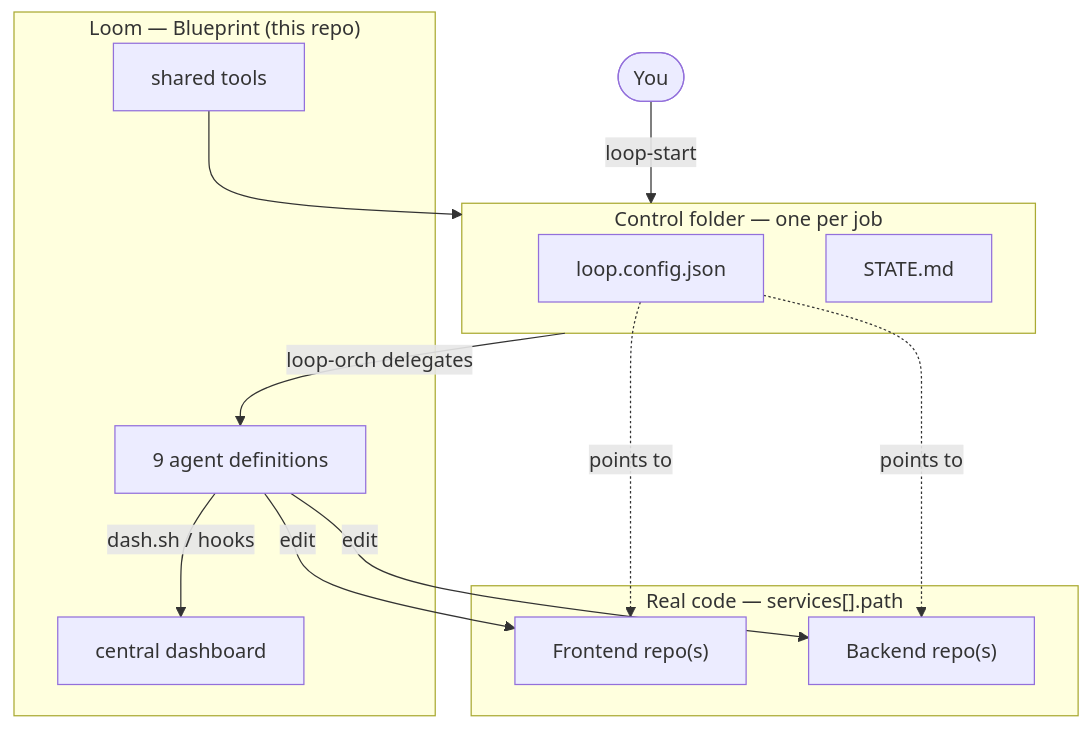
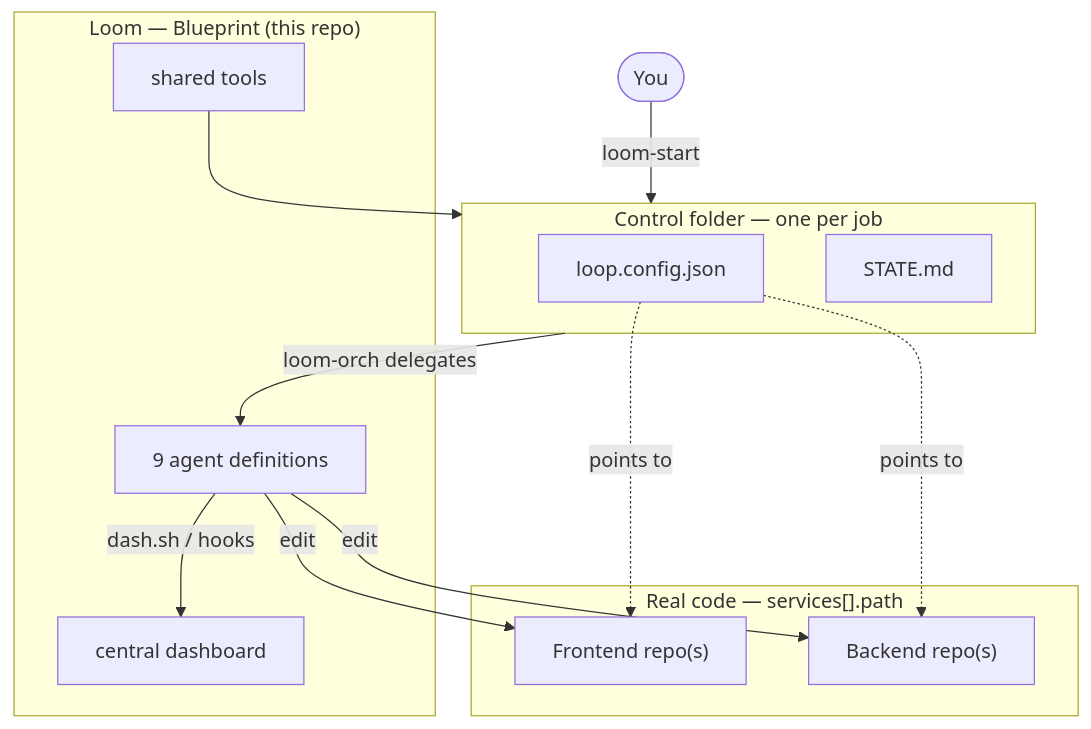
Before and after one commit to sukritnak/loom: the first of 3 diagrams in README.md, drawn with Mermaid. The commit also changed other lines of this file and 73 other files, not shown here.

````diff
--- a/README.md
+++ b/README.md
@@ -124,27 +124,27 @@
 ```mermaid
 flowchart TB
   subgraph loom ["Loom — Blueprint (this repo)"]
     agents["9 agent definitions"]
     tools["shared tools"]
     dash["central dashboard"]
   end
 
   subgraph job ["Control folder — one per job"]
     cfg["loop.config.json"]
     mem["STATE.md"]
   end
 
   subgraph services ["Real code — services[].path"]
     fe["Frontend repo(s)"]
     be["Backend repo(s)"]
   end
 
-  you(["You"]) -->|loop-start| job
-  job -->|loop-orch delegates| agents
+  you(["You"]) -->|loom-start| job
+  job -->|loom-orch delegates| agents
   agents -->|edit| fe
   agents -->|edit| be
   agents -->|dash.sh / hooks| dash
   cfg -.->|points to| fe
   cfg -.->|points to| be
   tools --> job
 ```
````
